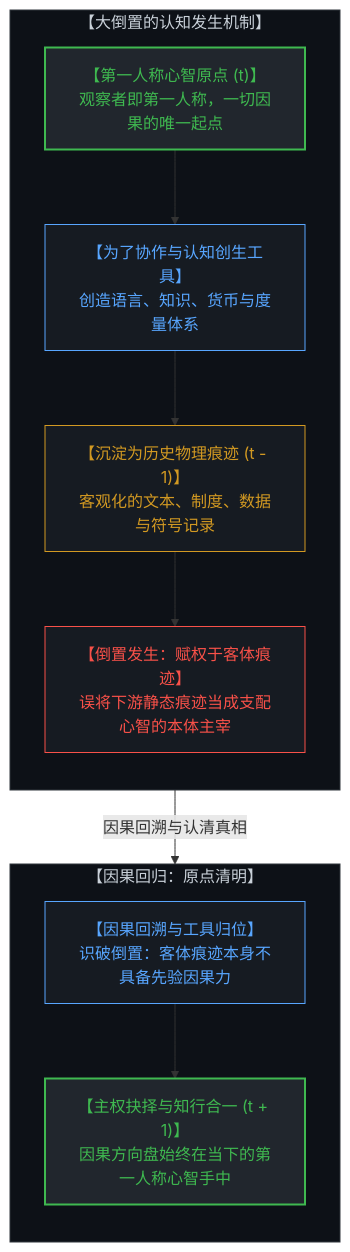
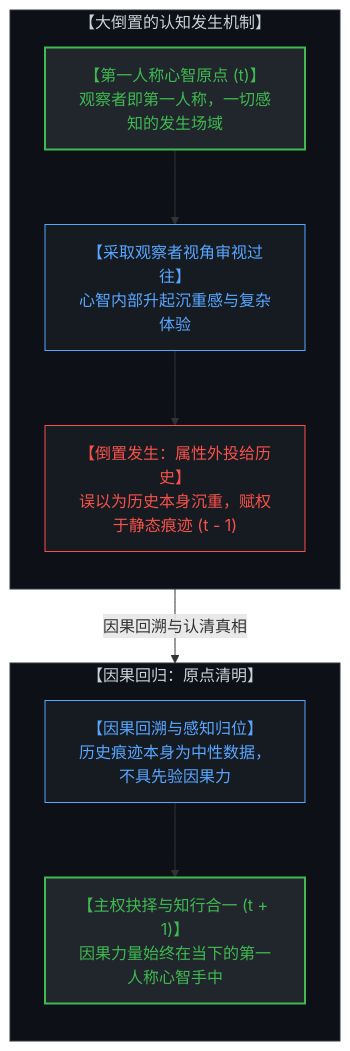
The first of 16 diagrams in content/posts/the-dissolution-of-the-great-reversal.md (powerpig99/not-a-toe), drawn with Mermaid before and after one commit. The commit also changed other lines of this file and 4 other files, not shown here.

````diff
--- a/content/posts/the-dissolution-of-the-great-reversal.md
+++ b/content/posts/the-dissolution-of-the-great-reversal.md
@@ -13,31 +15,28 @@
 ```mermaid
 graph TD
     subgraph TracingReversal["【大倒置的认知发生机制】"]
         direction TB
-        ConsciousOrigin["【第一人称心智原点 (t)】<br>观察者即第一人称，一切因果的唯一起点"]
-        ToolCreation["【为了协作与认知创生工具】<br>创造语言、知识、货币与度量体系"]
-        HistoricalTraces["【沉淀为历史物理痕迹 (t - 1)】<br>客观化的文本、制度、数据与符号记录"]
-        CognitiveInversion["【倒置发生：赋权于客体痕迹】<br>误将下游静态痕迹当成支配心智的本体主宰"]
-        ConsciousOrigin --> ToolCreation
-        ToolCreation --> HistoricalTraces
-        HistoricalTraces --> CognitiveInversion
+        ConsciousOrigin["【第一人称心智原点 (t)】<br>观察者即第一人称，一切感知的发生场域"]
+        ObserverStance["【采取观察者视角审视过往】<br>心智内部升起沉重感与复杂体验"]
+        ProjectionInversion["【倒置发生：属性外投给历史】<br>误以为历史本身沉重，赋权于静态痕迹 (t - 1)"]
+        ConsciousOrigin --> ObserverStance
+        ObserverStance --> ProjectionInversion
     end
 
     subgraph CausalClarity["【因果回归：原点清明】"]
         direction TB
-        TraceDemystification["【因果回溯与工具归位】<br>识破倒置：客体痕迹本身不具备先验因果力"]
-        SovereignAgency["【主权抉择与知行合一 (t + 1)】<br>因果方向盘始终在当下的第一人称心智手中"]
+        TraceDemystification["【因果回溯与感知归位】<br>历史痕迹本身为中性数据，不具先验因果力"]
+        SovereignAgency["【主权抉择与知行合一 (t + 1)】<br>因果力量始终在当下的第一人称心智手中"]
         TraceDemystification --> SovereignAgency
     end
 
-    CognitiveInversion -->|"因果回溯与认清真相"| TraceDemystification
+    ProjectionInversion -->|"因果回溯与认清真相"| TraceDemystification
 
     style TracingReversal fill:#0d1117,stroke:#30363d,stroke-width:1px,color:#c9d1d9
     style ConsciousOrigin fill:#21262d,stroke:#3fb950,stroke-width:2px,color:#3fb950
-    style ToolCreation fill:#161b22,stroke:#58a6ff,stroke-width:1px,color:#58a6ff
-    style HistoricalTraces fill:#161b22,stroke:#d29922,stroke-width:1px,color:#d29922
-    style CognitiveInversion fill:#161b22,stroke:#f85149,stroke-width:1px,color:#f85149
+    style ObserverStance fill:#161b22,stroke:#58a6ff,stroke-width:1px,color:#58a6ff
+    style ProjectionInversion fill:#161b22,stroke:#f85149,stroke-width:1px,color:#f85149
     style CausalClarity fill:#0d1117,stroke:#30363d,stroke-width:1px,color:#c9d1d9
     style TraceDemystification fill:#161b22,stroke:#58a6ff,stroke-width:1px,color:#58a6ff
     style SovereignAgency fill:#21262d,stroke:#3fb950,stroke-width:2px,color:#3fb950
 ```
````
